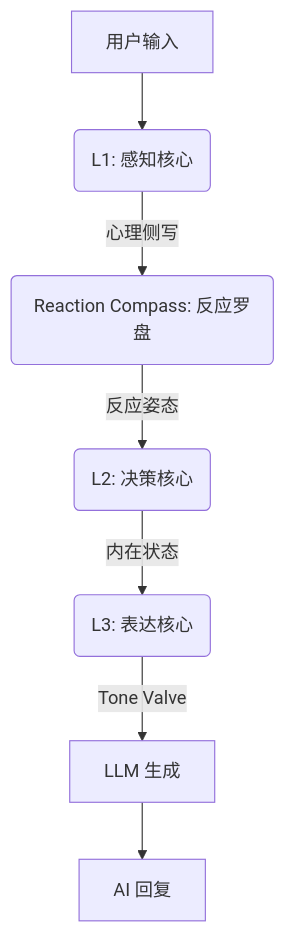
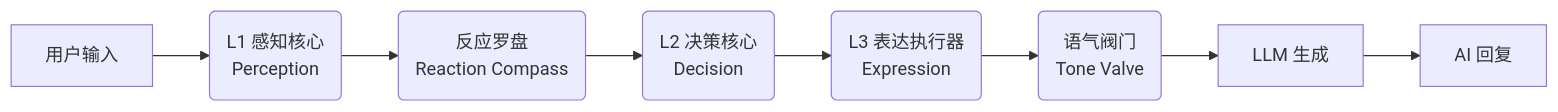
The diagram in README.md (ApolloEddy/AI_Companion), drawn with Mermaid before and after one commit. The commit also changed other lines of this file and 19 other files, not shown here.

````diff
--- a/README.md
+++ b/README.md
@@ -19,9 +31,10 @@
 ```mermaid
-graph TD
-    UserInput[用户输入] --> L1(L1: 感知核心)
-    L1 -->|心理侧写| Compass(Reaction Compass: 反应罗盘)
-    Compass -->|反应姿态| L2(L2: 决策核心)
-    L2 -->|内在状态| L3(L3: 表达核心)
-    L3 -->|Tone Valve| LLM[LLM 生成]
+graph LR
+    Input[用户输入] --> L1(L1 感知核心<br/>Perception)
+    L1 --> Compass(反应罗盘<br/>Reaction Compass)
+    Compass --> L2(L2 决策核心<br/>Decision)
+    L2 --> L3(L3 表达执行器<br/>Expression)
+    L3 --> Valve(语气阀门<br/>Tone Valve)
+    Valve --> LLM[LLM 生成]
     LLM --> Output[AI 回复]
 ```
````
